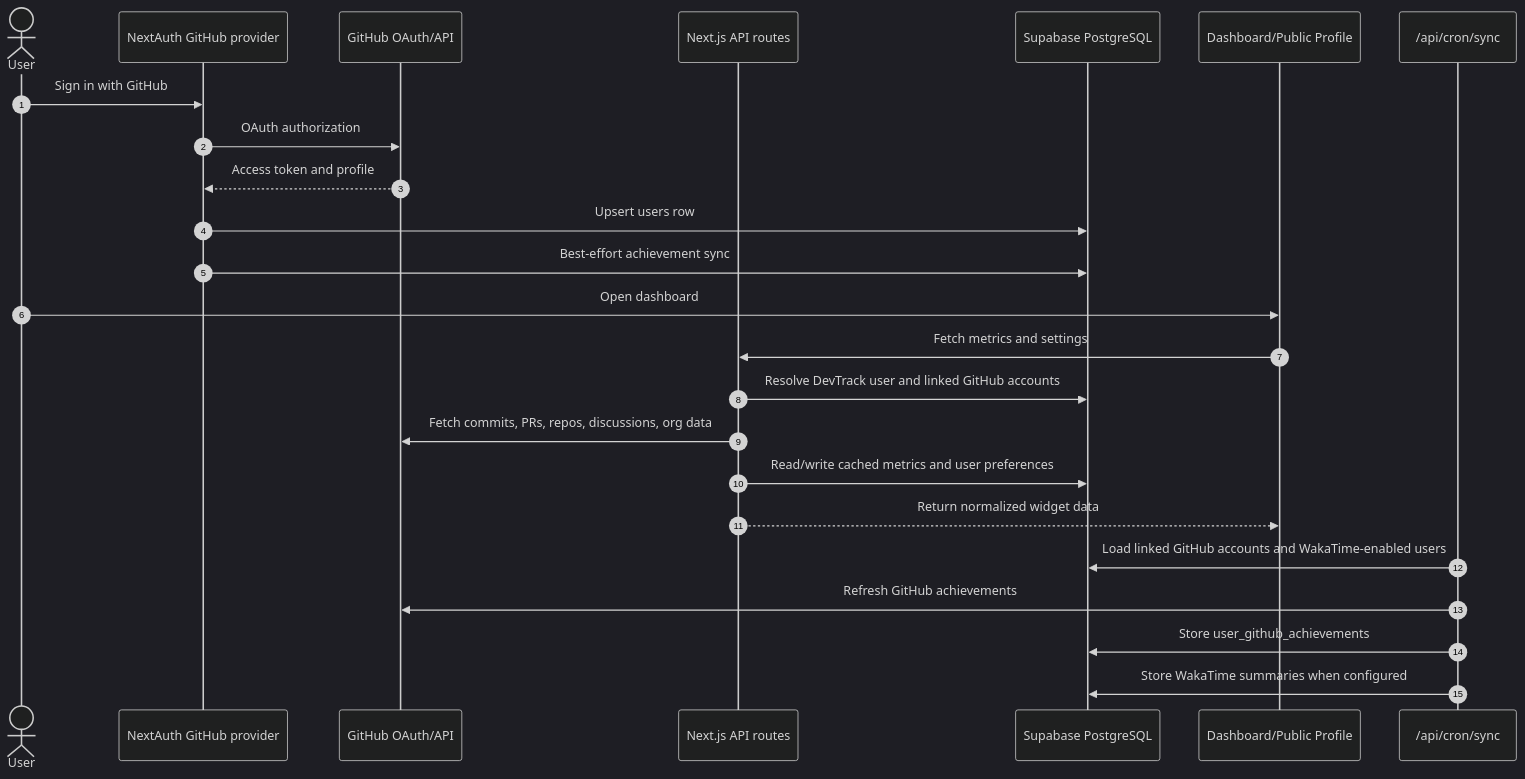
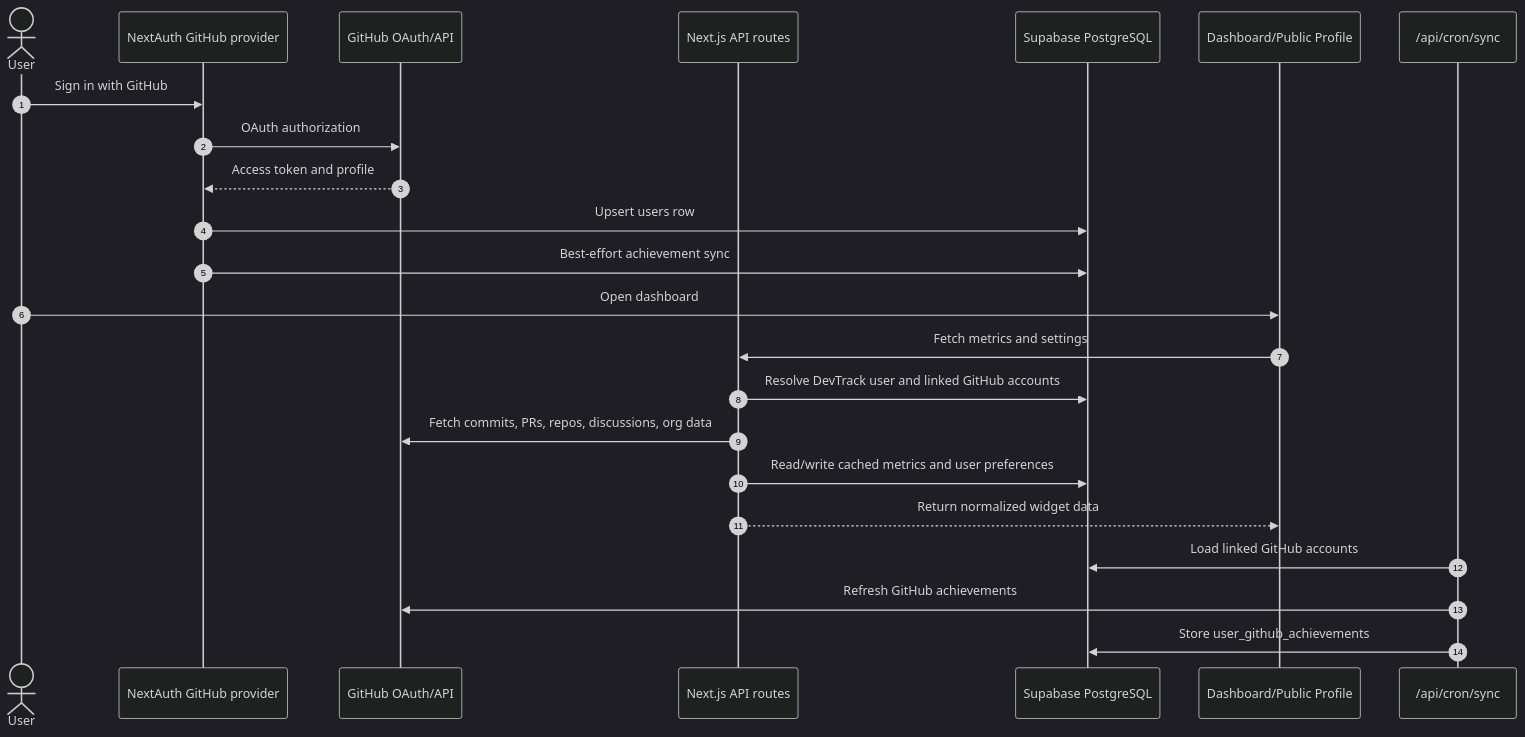
The second of 3 diagrams in docs/architecture.md (Priyanshu-byte-coder/devtrack), drawn with Mermaid (dark theme) before and after one commit. The commit also changed other lines of this file and 38 other files, not shown here.

````diff
--- a/docs/architecture.md
+++ b/docs/architecture.md
@@ -147,27 +137,26 @@
 ```mermaid
 sequenceDiagram
   autonumber
   actor User
   participant NextAuth as NextAuth GitHub provider
   participant GitHub as GitHub OAuth/API
   participant API as Next.js API routes
   participant DB as Supabase PostgreSQL
   participant UI as Dashboard/Public Profile
   participant Cron as /api/cron/sync
 
   User->>NextAuth: Sign in with GitHub
   NextAuth->>GitHub: OAuth authorization
   GitHub-->>NextAuth: Access token and profile
   NextAuth->>DB: Upsert users row
   NextAuth->>DB: Best-effort achievement sync
   User->>UI: Open dashboard
   UI->>API: Fetch metrics and settings
   API->>DB: Resolve DevTrack user and linked GitHub accounts
   API->>GitHub: Fetch commits, PRs, repos, discussions, org data
   API->>DB: Read/write cached metrics and user preferences
   API-->>UI: Return normalized widget data
-  Cron->>DB: Load linked GitHub accounts and WakaTime-enabled users
+  Cron->>DB: Load linked GitHub accounts
   Cron->>GitHub: Refresh GitHub achievements
   Cron->>DB: Store user_github_achievements
-  Cron->>DB: Store WakaTime summaries when configured
 ```
````
